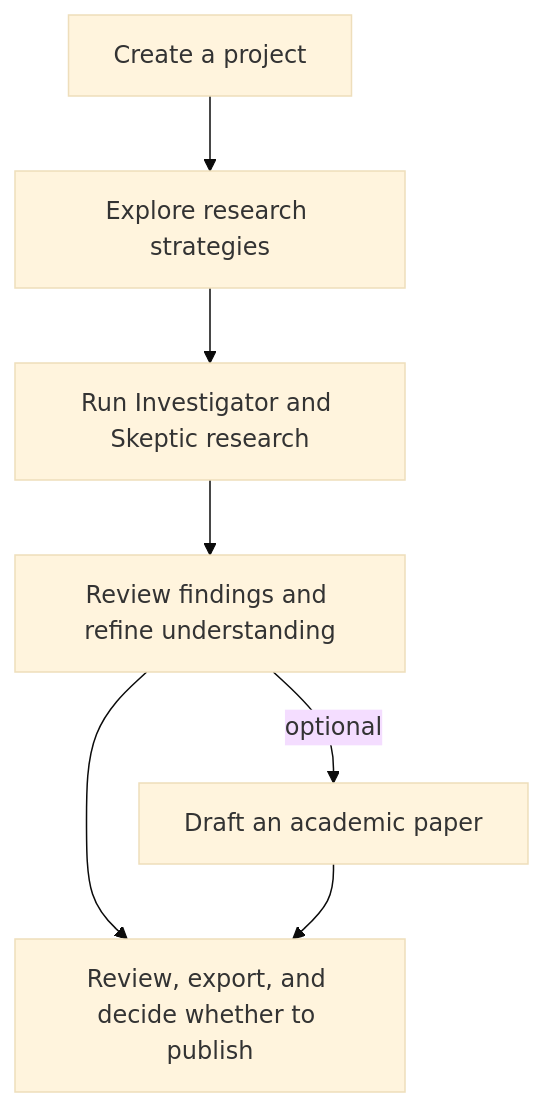
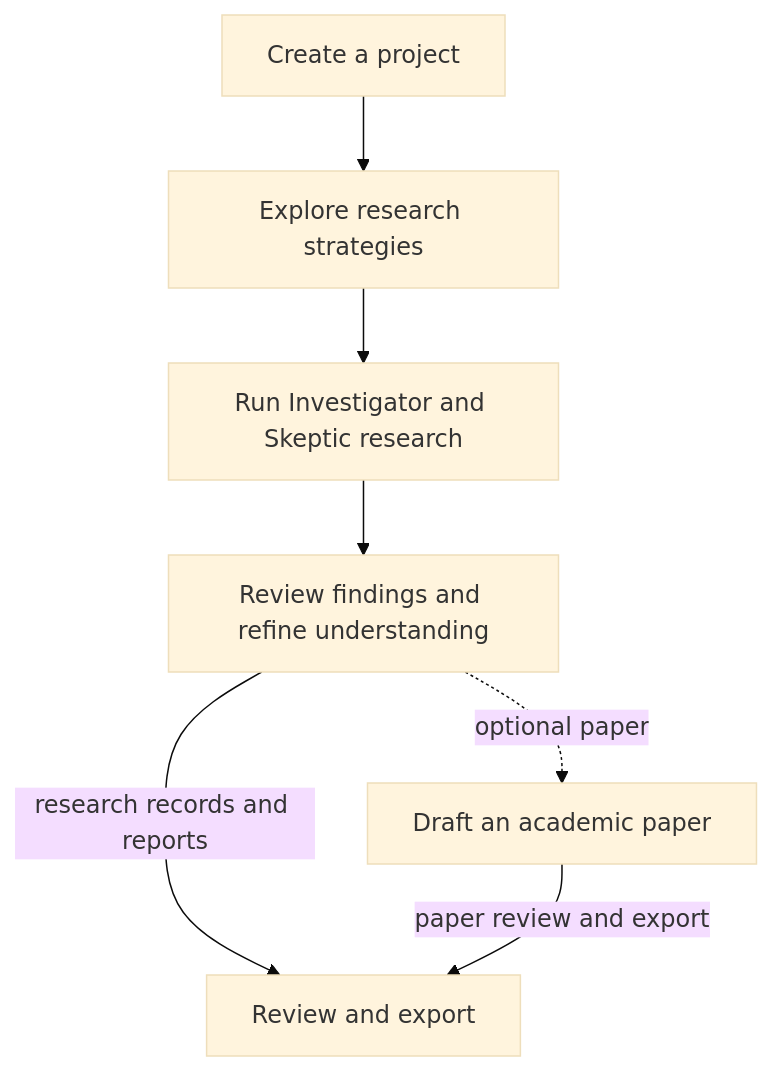
The diagram in README.md (bkramerext/sigma), drawn with Mermaid (base theme) before and after one commit. The commit also changed other lines of this file and 12 other files, not shown here.

````diff
--- a/README.md
+++ b/README.md
@@ -17,9 +17,9 @@
 ```mermaid
 flowchart TD
     A[Create a project] --> B[Explore research strategies]
     B --> C[Run Investigator and Skeptic research]
     C --> D[Review findings and refine understanding]
-    D -->|optional| E[Draft an academic paper]
-    D --> F[Review, export, and decide whether to publish]
-    E --> F
+    D -->|research records and reports| F[Review and export]
+    D -. optional paper .-> E[Draft an academic paper]
+    E -->|paper review and export| F
 ```
````
